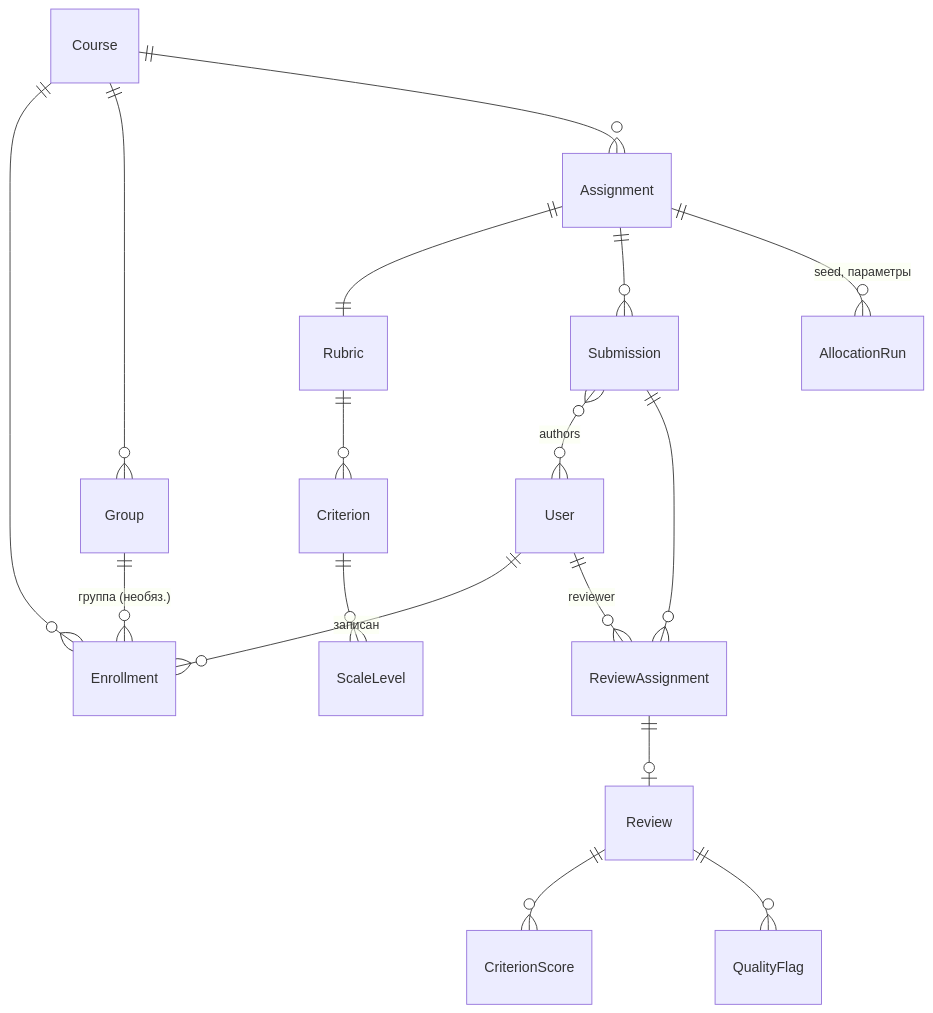
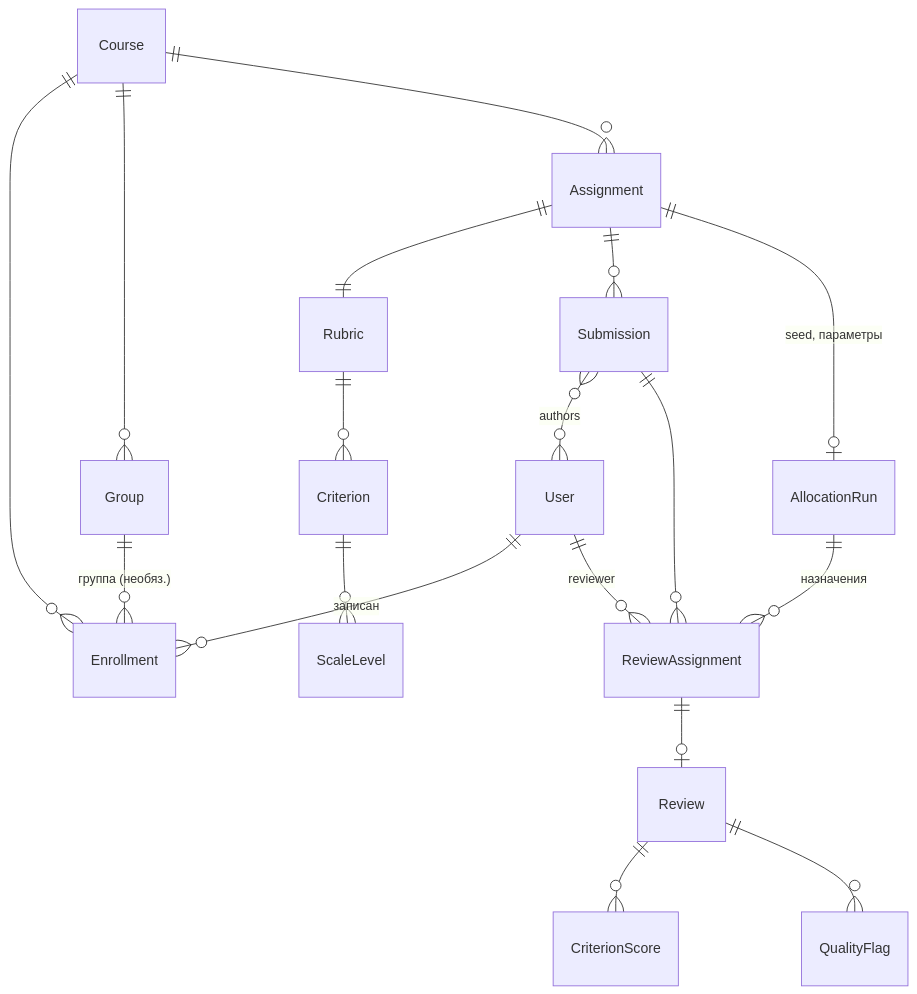
The third of 3 diagrams in docs/ARCHITECTURE.md (DANIK20060731/TP_Project_3kurs), drawn with Mermaid before and after one commit. The commit also changed other lines of this file and 19 other files, not shown here.

````diff
--- a/docs/ARCHITECTURE.md
+++ b/docs/ARCHITECTURE.md
@@ -32,19 +32,20 @@
 ```mermaid
 erDiagram
   User ||--o{ Enrollment : "записан"
   Course ||--o{ Enrollment : ""
   Course ||--o{ Group : ""
   Group ||--o{ Enrollment : "группа (необяз.)"
   Course ||--o{ Assignment : ""
   Assignment ||--|| Rubric : ""
   Rubric ||--o{ Criterion : ""
   Criterion ||--o{ ScaleLevel : ""
   Assignment ||--o{ Submission : ""
   Submission }o--o{ User : "authors"
   Submission ||--o{ ReviewAssignment : ""
   User ||--o{ ReviewAssignment : "reviewer"
   ReviewAssignment ||--o| Review : ""
   Review ||--o{ CriterionScore : ""
   Review ||--o{ QualityFlag : ""
-  Assignment ||--o{ AllocationRun : "seed, параметры"
+  Assignment ||--o| AllocationRun : "seed, параметры"
+  AllocationRun ||--o{ ReviewAssignment : назначения
 ```
````
